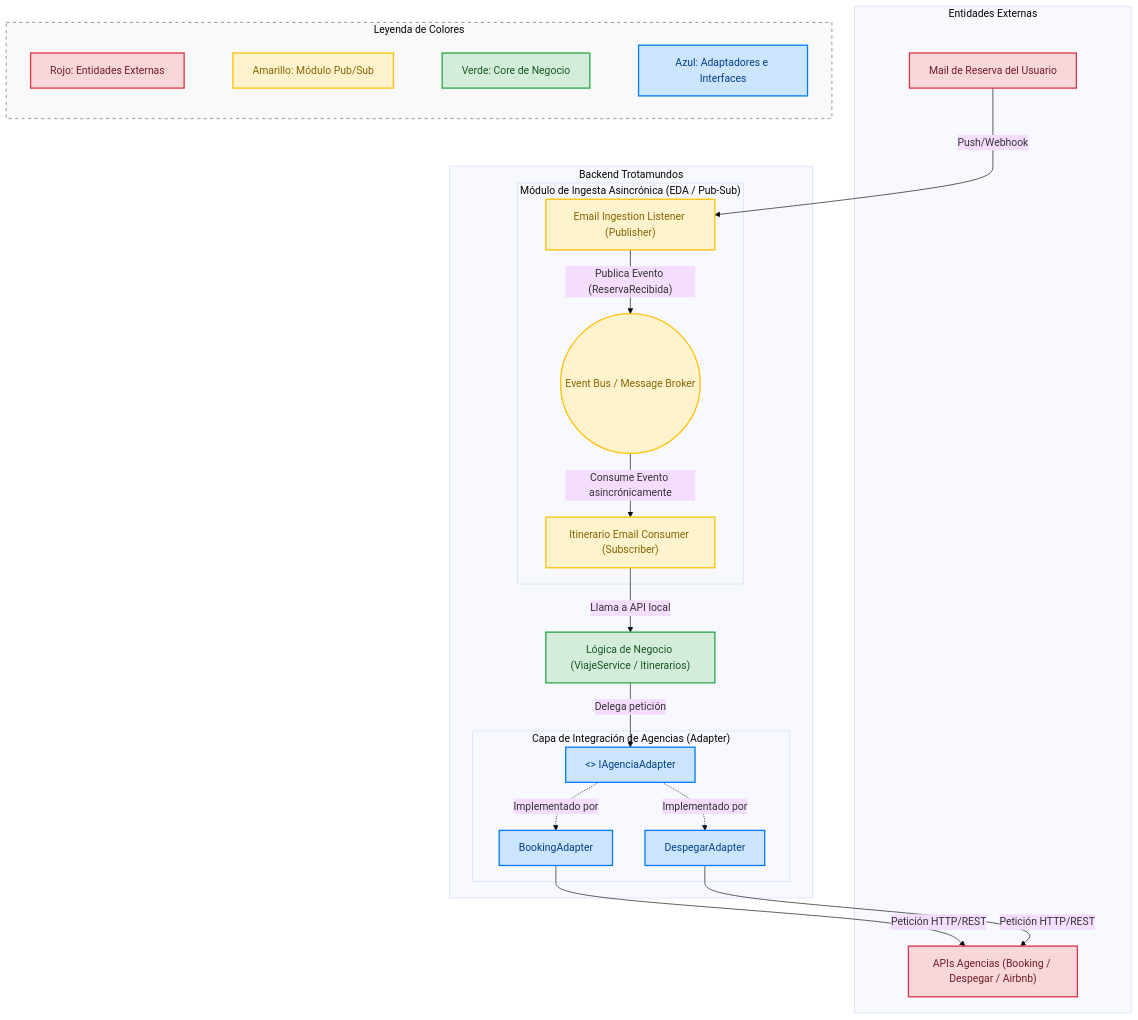
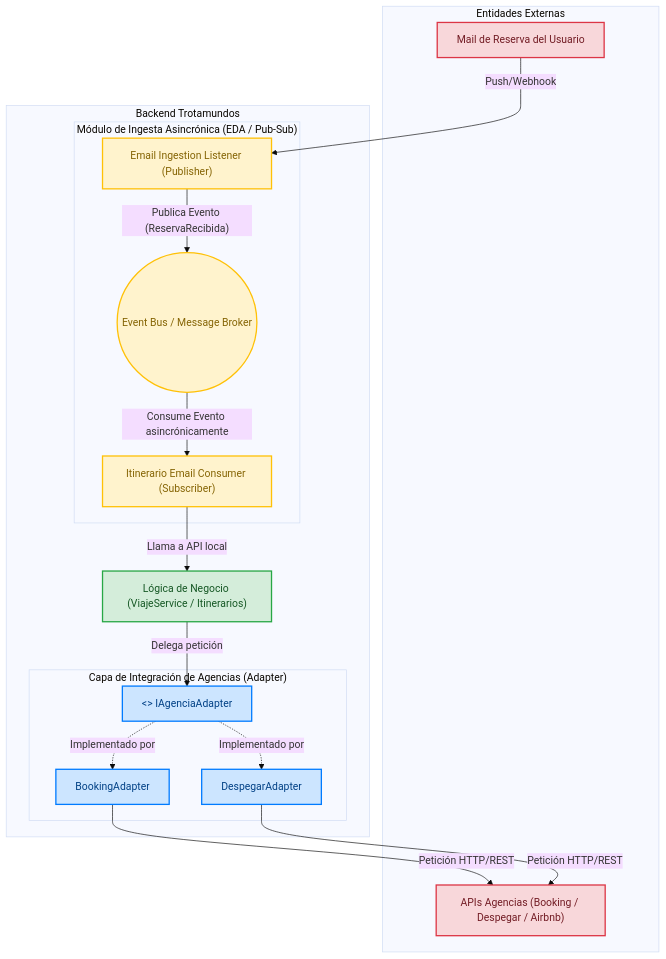
Before and after one commit to ulisesmatteoda/Trotamundos-Grupo23: the diagram in Iteraciones/Iteracion2-Prov.md, drawn with Mermaid (base theme). The commit also changed other lines of this file, not shown here.

````diff
--- a/Iteraciones/Iteracion2-Prov.md
+++ b/Iteraciones/Iteracion2-Prov.md
@@ -123,60 +123,48 @@
 ```mermaid
 graph TD
     %% Definición de estilos y colores
     classDef externo fill:#f8d7da,stroke:#dc3545,stroke-width:2px,color:#721c24;
     classDef pubsub fill:#fff3cd,stroke:#ffc107,stroke-width:2px,color:#856404;
     classDef core fill:#d4edda,stroke:#28a745,stroke-width:2px,color:#155724;
     classDef adapter fill:#cce5ff,stroke:#007bff,stroke-width:2px,color:#004085;
 
     %% Entidades Externas
     subgraph Externos["Entidades Externas"]
         UserMail["Mail de Reserva del Usuario"]:::externo
         AgenciaAPI["APIs Agencias (Booking / Despegar / Airbnb)"]:::externo
     end
 
     %% Backend Trotamundos
     subgraph Backend["Backend Trotamundos"]
 
         %% Canal Pub/Sub de Mails
         subgraph SubsystemMail["Módulo de Ingesta Asincrónica (EDA / Pub-Sub)"]
             EmailIngestion["Email Ingestion Listener (Publisher)"]:::pubsub
             EventBus(("Event Bus / Message Broker")):::pubsub
             EmailSubscriber["Itinerario Email Consumer (Subscriber)"]:::pubsub
         end
 
         %% Core de Negocio
         DomainLogic["Lógica de Negocio (ViajeService / Itinerarios)"]:::core
 
         %% Capa de Integración / Adaptadores
         subgraph SubsystemIntegrations["Capa de Integración de Agencias (Adapter)"]
             AdapterInterface["<<Interface>> IAgenciaAdapter"]:::adapter
             BookingAdapter["BookingAdapter"]:::adapter
             DespegarAdapter["DespegarAdapter"]:::adapter
         end
     end
 
     %% Relaciones / Conectores
     UserMail -->|"Push/Webhook"| EmailIngestion
     EmailIngestion -->|"Publica Evento (ReservaRecibida)"| EventBus
     EventBus -->|"Consume Evento asincrónicamente"| EmailSubscriber
     EmailSubscriber -->|"Llama a API local"| DomainLogic
     
     DomainLogic -->|"Delega petición"| AdapterInterface
     AdapterInterface -.->|"Implementado por"| BookingAdapter
     AdapterInterface -.->|"Implementado por"| DespegarAdapter
     
     BookingAdapter -->|"Petición HTTP/REST"| AgenciaAPI
     DespegarAdapter -->|"Petición HTTP/REST"| AgenciaAPI
-
-    %% Leyenda Gráfica
-    subgraph Leyenda["Leyenda de Colores"]
-        L1[Rojo: Entidades Externas]:::externo
-        L2[Amarillo: Módulo Pub/Sub]:::pubsub
-        L3[Verde: Core de Negocio]:::core
-        L4[Azul: Adaptadores e Interfaces]:::adapter
-    end
-    
-    %% Ocultar líneas de la leyenda para que flote sola
-    L1 ~~~ L2 ~~~ L3 ~~~ L4
-    style Leyenda fill:#f9f9f9,stroke:#666,stroke-width:1px,stroke-dasharray: 5 5
 ```
````
